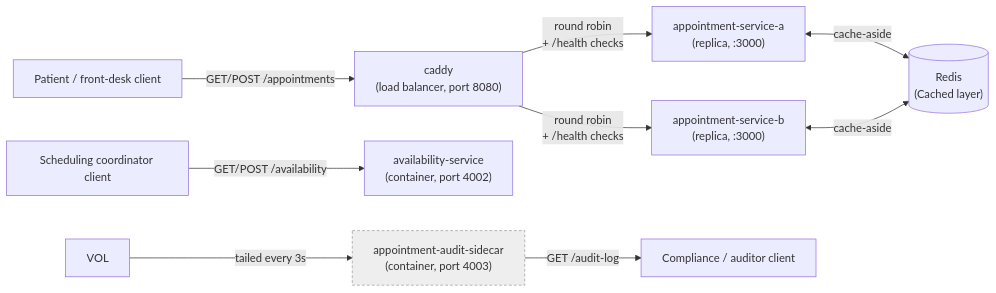
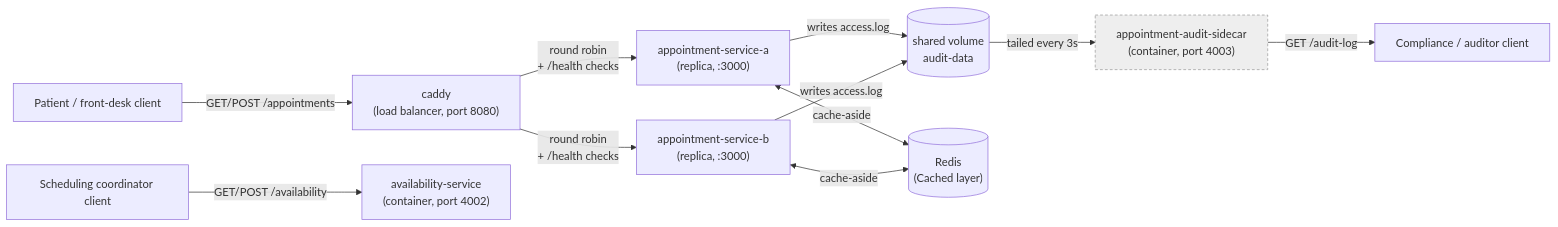
One commit to nemaansari/426-project-alpha changed the diagram in docs/SERVICES.md. Above: the diagram before and after it, drawn with Mermaid.

Commit message:
[main] fixed SERVICES.md graph missing element

````diff
--- a/docs/SERVICES.md
+++ b/docs/SERVICES.md
@@ -35,16 +35,18 @@
 ```mermaid
 flowchart LR
     client["Patient / front-desk client"] -->|"GET/POST /appointments"| CADDY["caddy\n(load balancer, port 8080)"]
     coord["Scheduling coordinator client"] -->|"GET/POST /availability"| AV["availability-service\n(container, port 4002)"]
 
     CADDY -->|"round robin\n+ /health checks"| ASA["appointment-service-a\n(replica, :3000)"]
     CADDY -->|"round robin\n+ /health checks"| ASB["appointment-service-b\n(replica, :3000)"]
 
+    ASA --> |"writes access.log"| VOL[("shared volume\naudit-data")]
+    ASB --> |"writes access.log"| VOL[("shared volume\naudit-data")]
     ASA <-->|"cache-aside"| REDIS[("Redis\n(Cached layer)")]
     ASB <-->|"cache-aside"| REDIS
     
     VOL -->|"tailed every 3s"| SC["appointment-audit-sidecar\n(container, port 4003)"]
     SC -->|"GET /audit-log"| auditor["Compliance / auditor client"]
 
     style SC fill:#eee,stroke:#999,stroke-dasharray: 4 3
 ```
````
